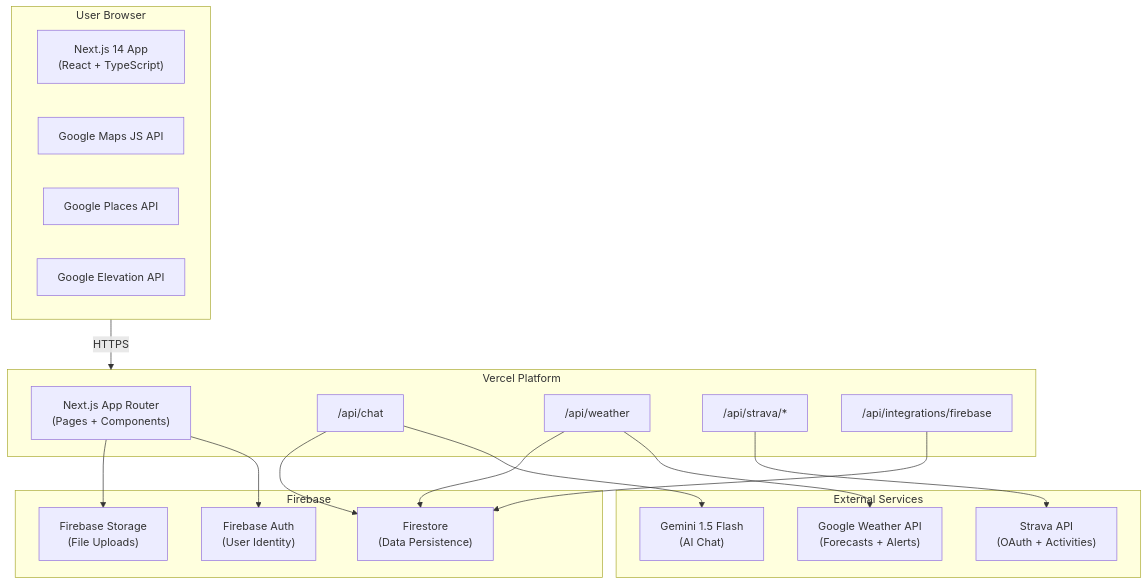
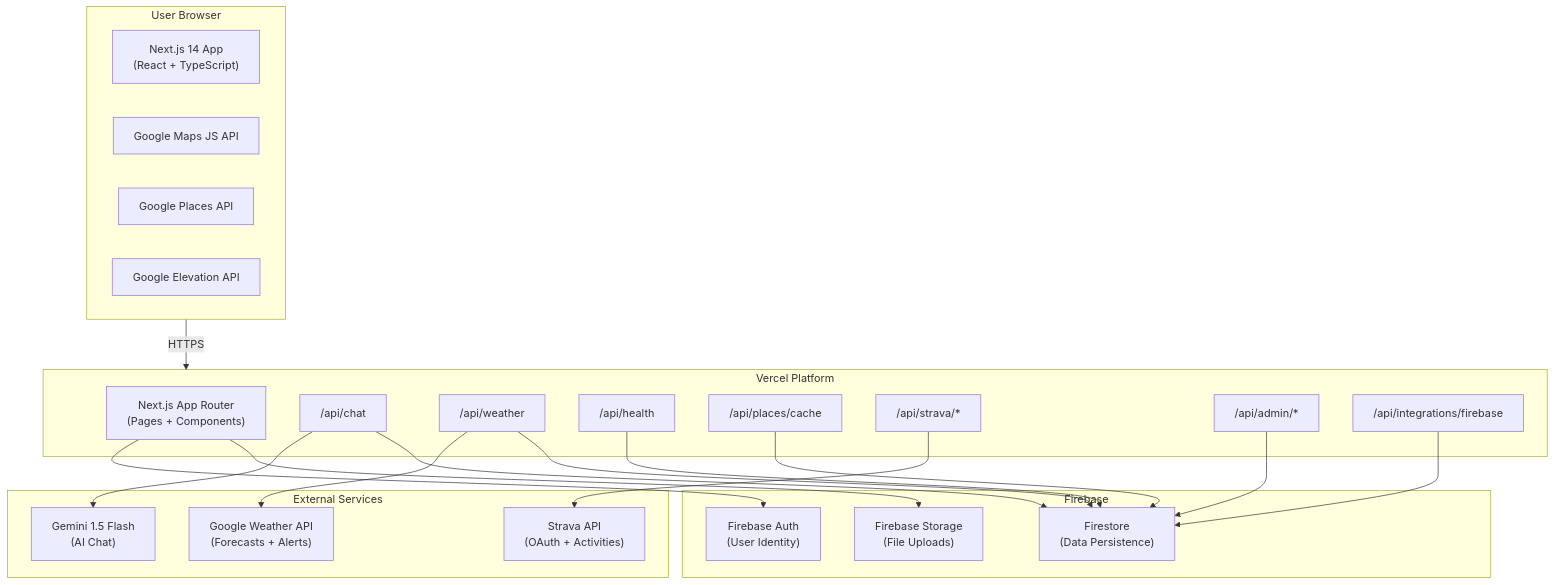
Before and after one commit to Oweeboi011/Fit-Ready-IQ: the first of 5 diagrams in README.md, drawn with Mermaid. The commit also changed other lines of this file and 17 other files, not shown here.

First line of the commit message:
ci: simplify to trunk-based flow and fix review bugs

````diff
--- a/README.md
+++ b/README.md
@@ -42,39 +42,45 @@
 ```mermaid
 graph TB
     subgraph Client["User Browser"]
         UI["Next.js 14 App<br/>(React + TypeScript)"]
         Maps["Google Maps JS API"]
         Places["Google Places API"]
         Elevation["Google Elevation API"]
     end
 
     subgraph Vercel["Vercel Platform"]
         App["Next.js App Router<br/>(Pages + Components)"]
         ChatRoute["/api/chat"]
         WeatherRoute["/api/weather"]
+        HealthRoute["/api/health"]
+        PlacesCache["/api/places/cache"]
         StravaRoutes["/api/strava/*"]
+        AdminRoutes["/api/admin/*"]
         FirebaseRoute["/api/integrations/firebase"]
     end
 
     subgraph External["External Services"]
         Gemini["Gemini 1.5 Flash<br/>(AI Chat)"]
         Strava["Strava API<br/>(OAuth + Activities)"]
         Weather["Google Weather API<br/>(Forecasts + Alerts)"]
     end
 
     subgraph Firebase["Firebase"]
         Firestore["Firestore<br/>(Data Persistence)"]
         Auth["Firebase Auth<br/>(User Identity)"]
         Storage["Firebase Storage<br/>(File Uploads)"]
     end
 
     Client -->|HTTPS| Vercel
     ChatRoute --> Gemini
     ChatRoute --> Firestore
     WeatherRoute --> Weather
     WeatherRoute --> Firestore
+    HealthRoute --> Firestore
+    PlacesCache --> Firestore
     StravaRoutes --> Strava
+    AdminRoutes --> Firestore
     FirebaseRoute --> Firestore
     App --> Auth
     App --> Storage
 ```
````
